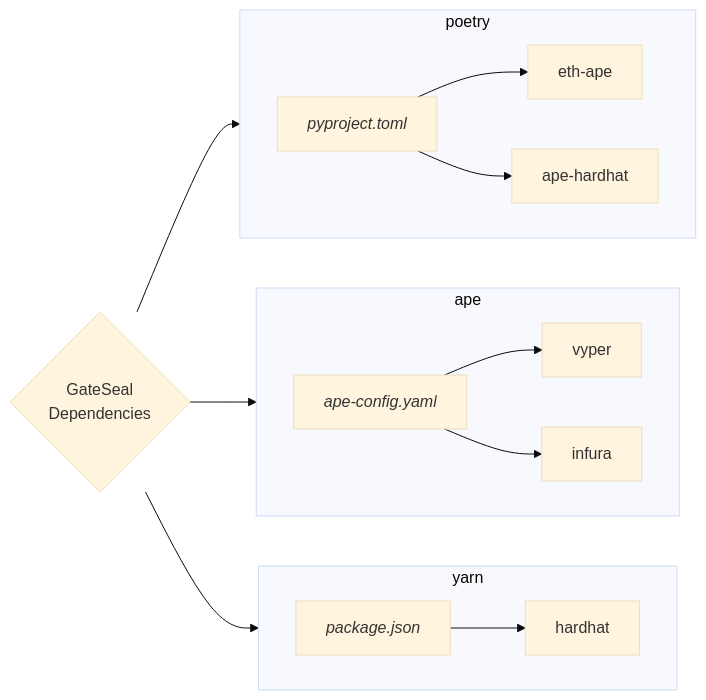
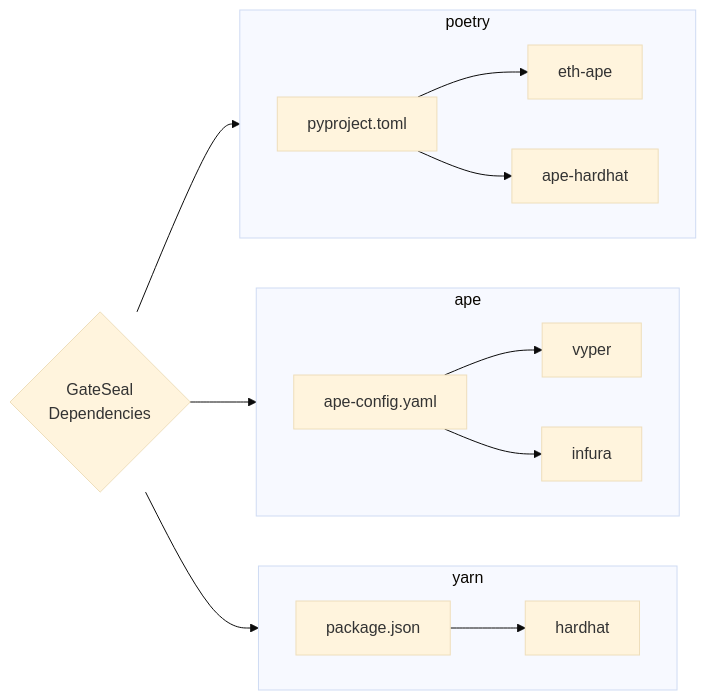
The diagram in README.md (lidofinance/gate-seals), drawn with Mermaid (base theme) before and after one commit.

Commit message:
docs: fix config names

````diff
--- a/README.md
+++ b/README.md
@@ -46,39 +46,39 @@
 ```mermaid
 flowchart LR
     subgraph ape["ape"]
         direction LR
 
-        apeConfig["`_ape-config.yaml_`"]
+        apeConfig["ape-config.yaml"]
         vyper["vyper"]
         infura["infura"]
         
         apeConfig --> vyper
         apeConfig --> infura
     end
 
     subgraph yarn["yarn"]
         direction LR
         
-        yarnConfig["`_package.json_`"]
+        yarnConfig["package.json"]
         hardhat["hardhat"]
         
         yarnConfig --> hardhat
     end
 
     subgraph poetry["poetry"]
         direction LR
 
-        poetryConfig["`_pyproject.toml_`"]
+        poetryConfig["pyproject.toml"]
         eth-ape["eth-ape"]
         ape-hardhat["ape-hardhat"]
 
         poetryConfig --> eth-ape
         poetryConfig --> ape-hardhat
     end  
 
     GateSeal{"GateSeal\nDependencies"}
 
     GateSeal --> poetry
     GateSeal --> ape
     GateSeal --> yarn
 ```
````
